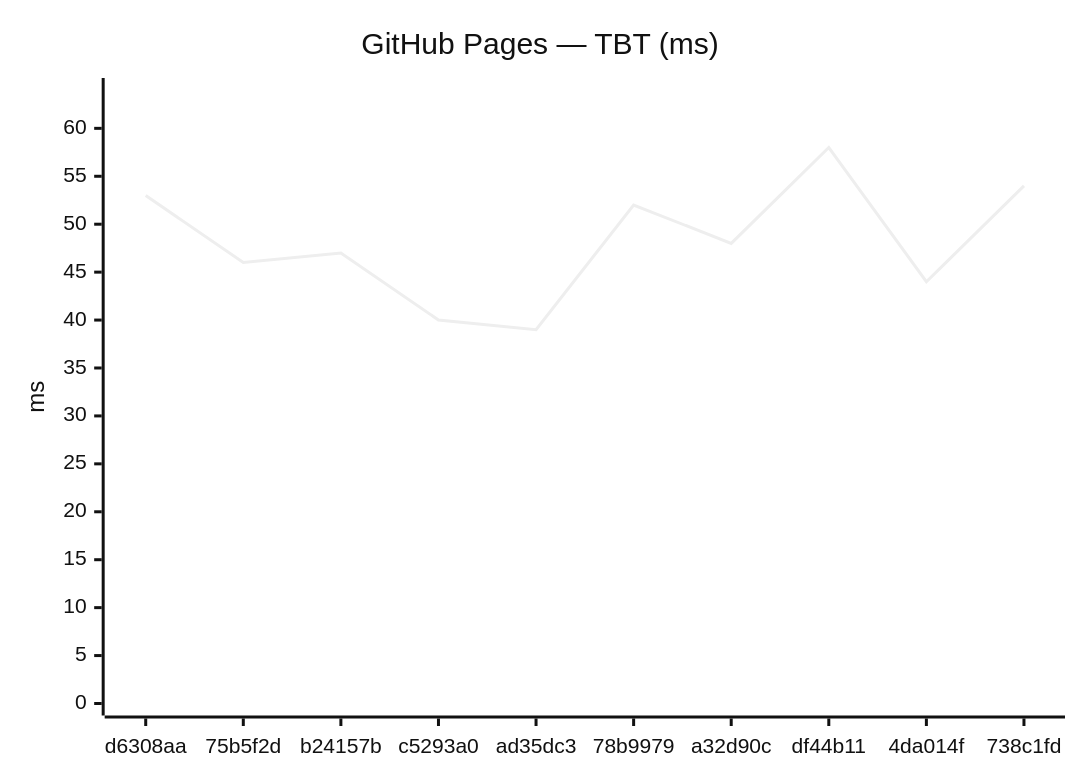
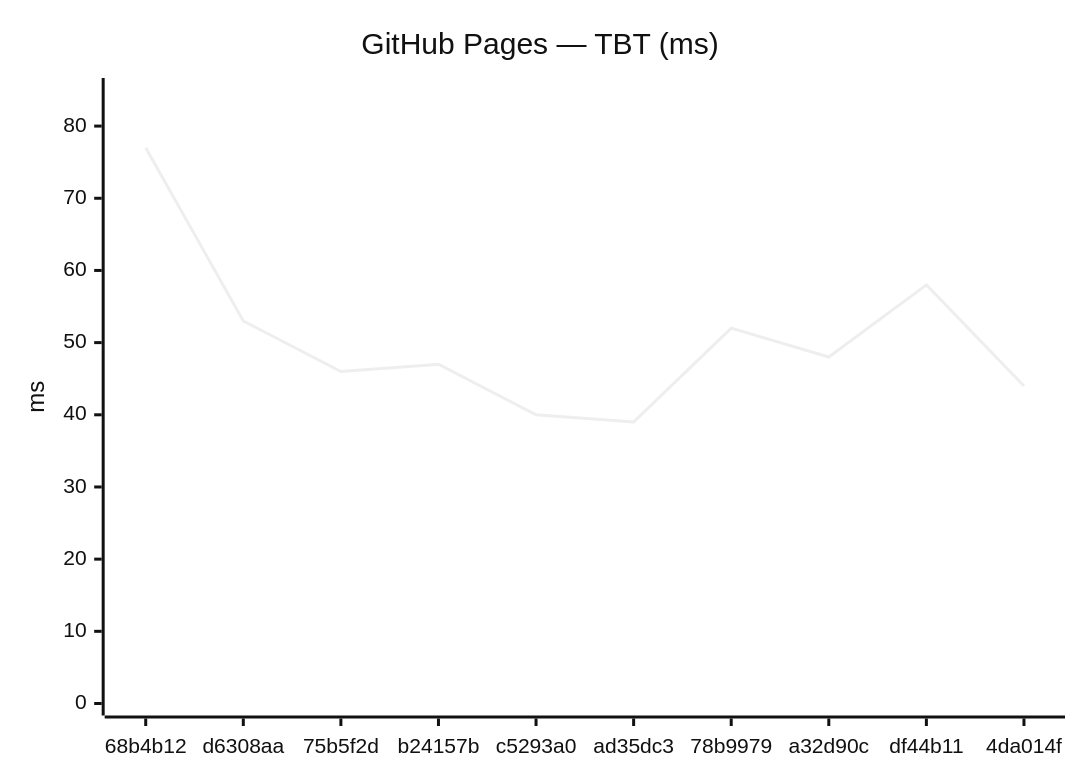
The fourth of 24 diagrams in benchmarks/compare.md (Metaheurist/Rianell), drawn with Mermaid (neutral theme) before and after one commit. The commit also changed other lines of this file and 14 other files, not shown here.

````diff
--- a/benchmarks/compare.md
+++ b/benchmarks/compare.md
@@ -61,7 +61,7 @@
 ```mermaid
 xychart-beta
     title "GitHub Pages — TBT (ms)"
-    x-axis ["d6308aa", "75b5f2d", "b24157b", "c5293a0", "ad35dc3", "78b9979", "a32d90c", "df44b11", "4da014f", "738c1fd"]
-    y-axis "ms" 0 --> 64
-    line [53, 46, 47, 40, 39, 52, 48, 58, 44, 54]
+    x-axis ["68b4b12", "d6308aa", "75b5f2d", "b24157b", "c5293a0", "ad35dc3", "78b9979", "a32d90c", "df44b11", "4da014f"]
+    y-axis "ms" 0 --> 85
+    line [77, 53, 46, 47, 40, 39, 52, 48, 58, 44]
 ```
````
